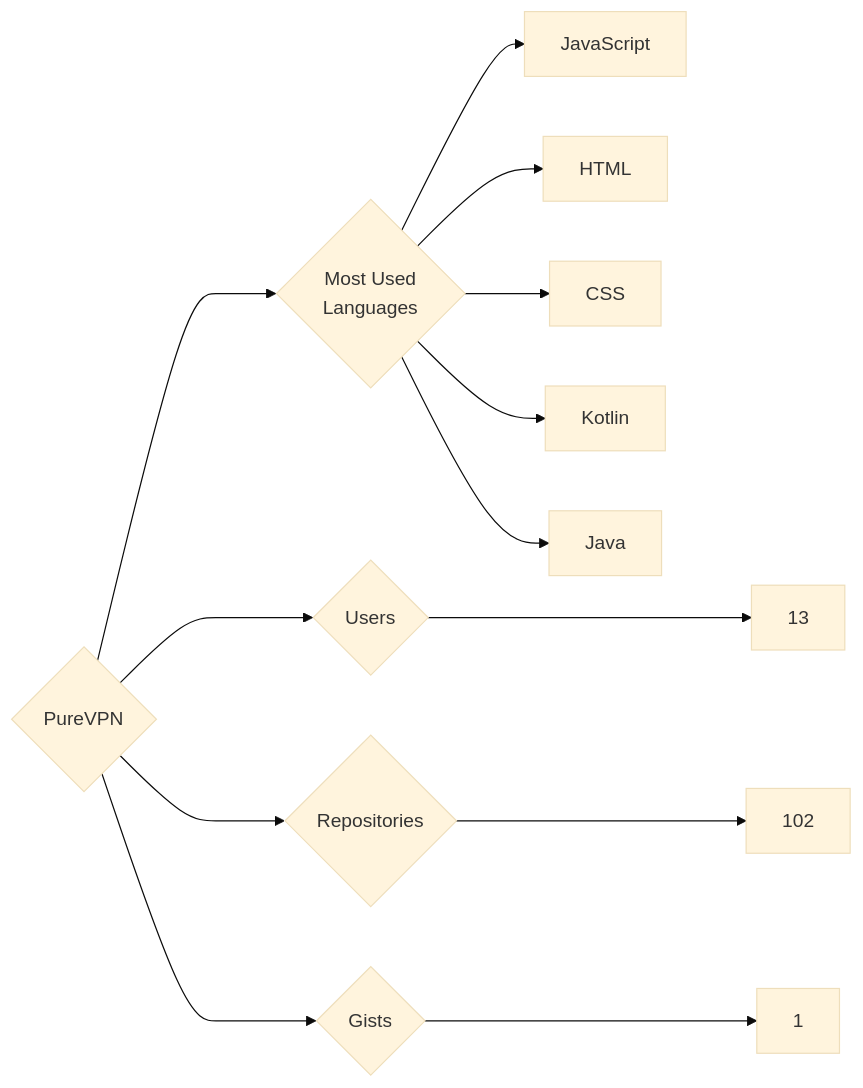
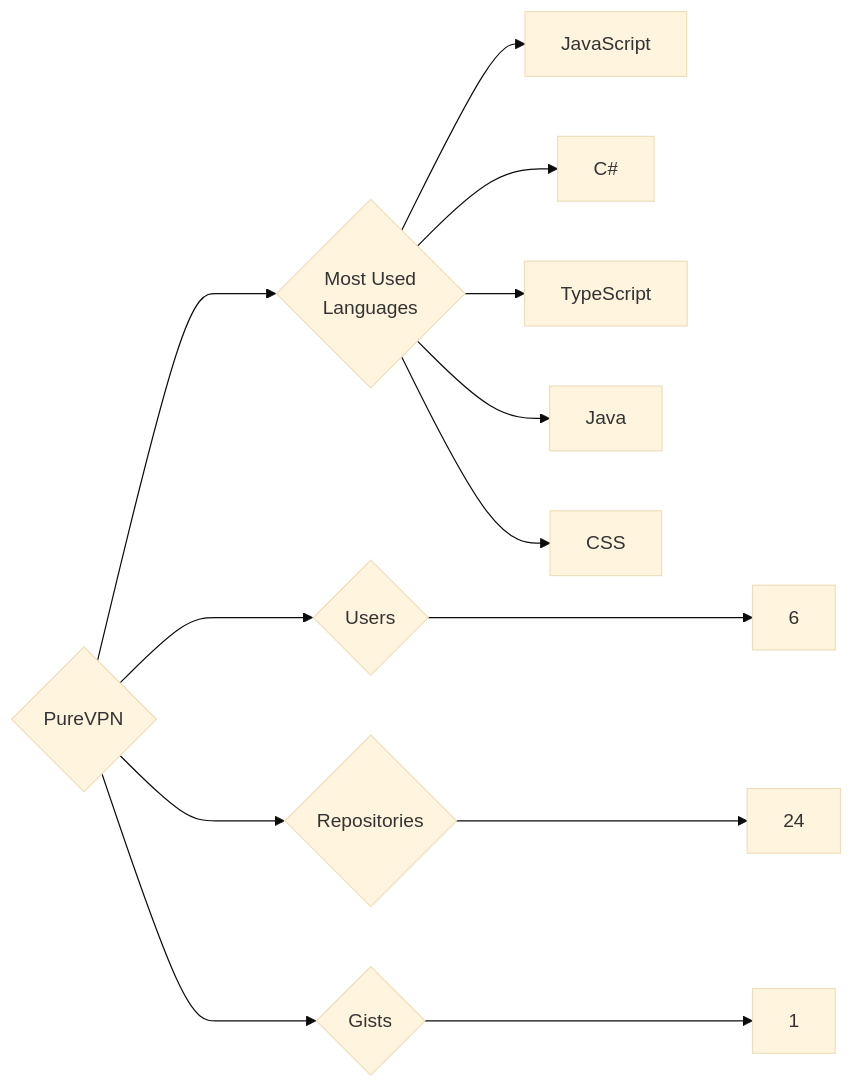
Before and after one commit to trickest/insiders: the diagram in targets/PureVPN/README.md, drawn with Mermaid (base theme). The commit also changed 829 other files, not shown here.

````diff
--- a/targets/PureVPN/README.md
+++ b/targets/PureVPN/README.md
@@ -3,13 +3,13 @@
 ```mermaid
 graph LR
 COMPANY_NAME{PureVPN}
-COMPANY_NAME ---> U{Users} ---> UN[13]
-COMPANY_NAME ---> R{Repositories} ---> RN[102]
+COMPANY_NAME ---> U{Users} ---> UN[6]
+COMPANY_NAME ---> R{Repositories} ---> RN[24]
 COMPANY_NAME ---> G{Gists} ---> GN[1]
 COMPANY_NAME ---> ML{Most Used<br>Languages}
 ML --> JavaScript[JavaScript]
-ML --> HTML[HTML]
+ML --> C#[C#]
+ML --> TypeScript[TypeScript]
+ML --> Java[Java]
 ML --> CSS[CSS]
-ML --> Kotlin[Kotlin]
-ML --> Java[Java]
 ```
````
